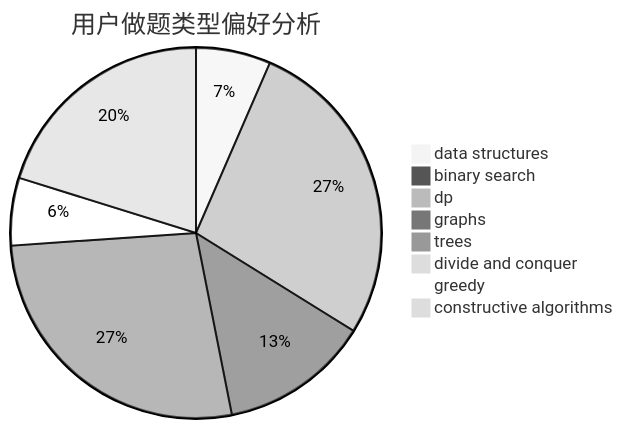
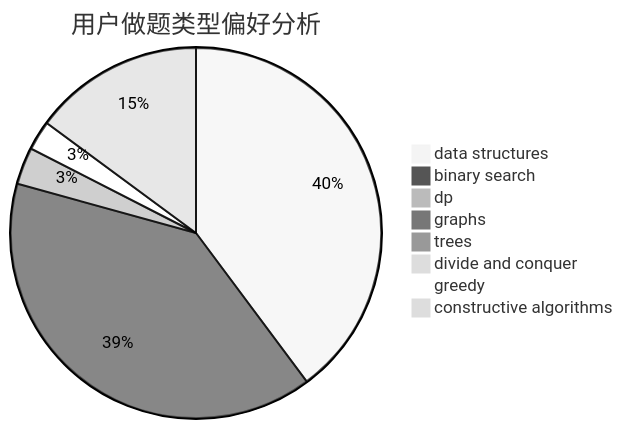
One commit to sherpahu/cfrs.github.io changed the second of 3 diagrams in docs/user/u1910.md. Above: the diagram before and after it, drawn with Mermaid (neutral theme). The commit also changed other lines of this file and 2770 other files, not shown here.

````diff
--- a/docs/user/u1910.md
+++ b/docs/user/u1910.md
@@ -23,11 +23,11 @@
 ```mermaid
 pie title 用户做题类型偏好分析
-    "data structures" :  21
-    "binary search" :  0
-    "dp" :  88
-    "graphs" :  42
-    "trees" :  87
+    "data structures" :  123
+    "binary search" :  122
+    "dp" :  10
+    "graphs" :  0
+    "trees" :  0
     "divide and conquer" :  0
-    "greedy" :  19
-    "constructive algorithms" :  65
+    "greedy" :  8
+    "constructive algorithms" :  46
 ```
````
